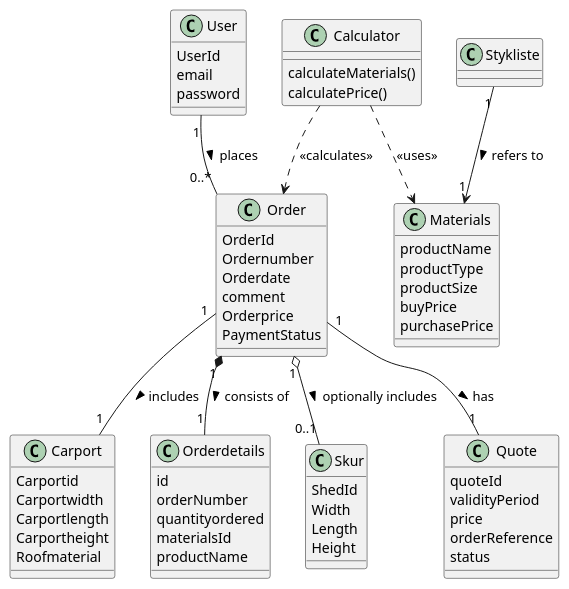
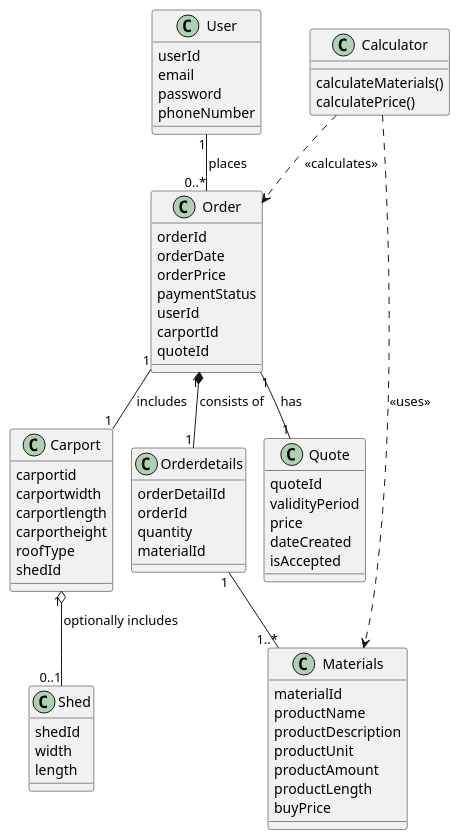
The diagram in UML/FOG.puml (MariamE04/CarportFOG), drawn with PlantUML before and after one commit. The commit also changed 10 other files, not shown here.

```diff
--- a/UML/FOG.puml
+++ b/UML/FOG.puml
@@ -1,73 +1,77 @@
 @startuml
-
+!pragma layout smetana
 class User {
-  UserId
+  userId
   email
   password
+  phoneNumber
 }
 
 class Carport {
-  Carportid
-  Carportwidth
-  Carportlength
-  Carportheight
-  Roofmaterial
+  carportid
+  carportwidth
+  carportlength
+  carportheight
+  roofType
+  shedId
+
 }
 
 class Order {
-  OrderId
-  Ordernumber
-  Orderdate
-  comment
-  Orderprice
-  PaymentStatus
+  orderId
+  orderDate
+  orderPrice
+  paymentStatus
+  userId
+  carportId
+  quoteId
 }
 
 class Orderdetails {
-  id
-  orderNumber
-  quantityordered
-  materialsId
-  productName
+  orderDetailId
+  orderId
+  quantity
+  materialId
 }
 
-class Skur {
-  ShedId
-  Width
-  Length
-  Height
+class Shed {
+  shedId
+  width
+  length
 }
 
 class Quote {
   quoteId
   validityPeriod
   price
-  orderReference
-  status
+  dateCreated
+  isAccepted
 }
 
 class Materials {
+  materialId
   productName
-  productType
-  productSize
+  productDescription
+  productUnit
+  productAmount
+  productLength
   buyPrice
-  purchasePrice
 }
 
 class Calculator {
   calculateMaterials()
   calculatePrice()
 }
 
 ' Relationer
 User "1" -- "0..*" Order : places >
 Order "1" -- "1" Carport : includes >
 Order "1" -- "1" Quote : has >
-Order "1" o-- "0..1" Skur : optionally includes >
+Carport "1" o-- "0..1" Shed : optionally includes >
 Order "1" *-- "1" Orderdetails : consists of >
-Stykliste "1" --> "1" Materials : refers to >
+Orderdetails "1" -- "1..*" Materials
 
 Calculator ..> Materials : <<uses>>
 Calculator ..> Order : <<calculates>>
 
 @enduml
```
